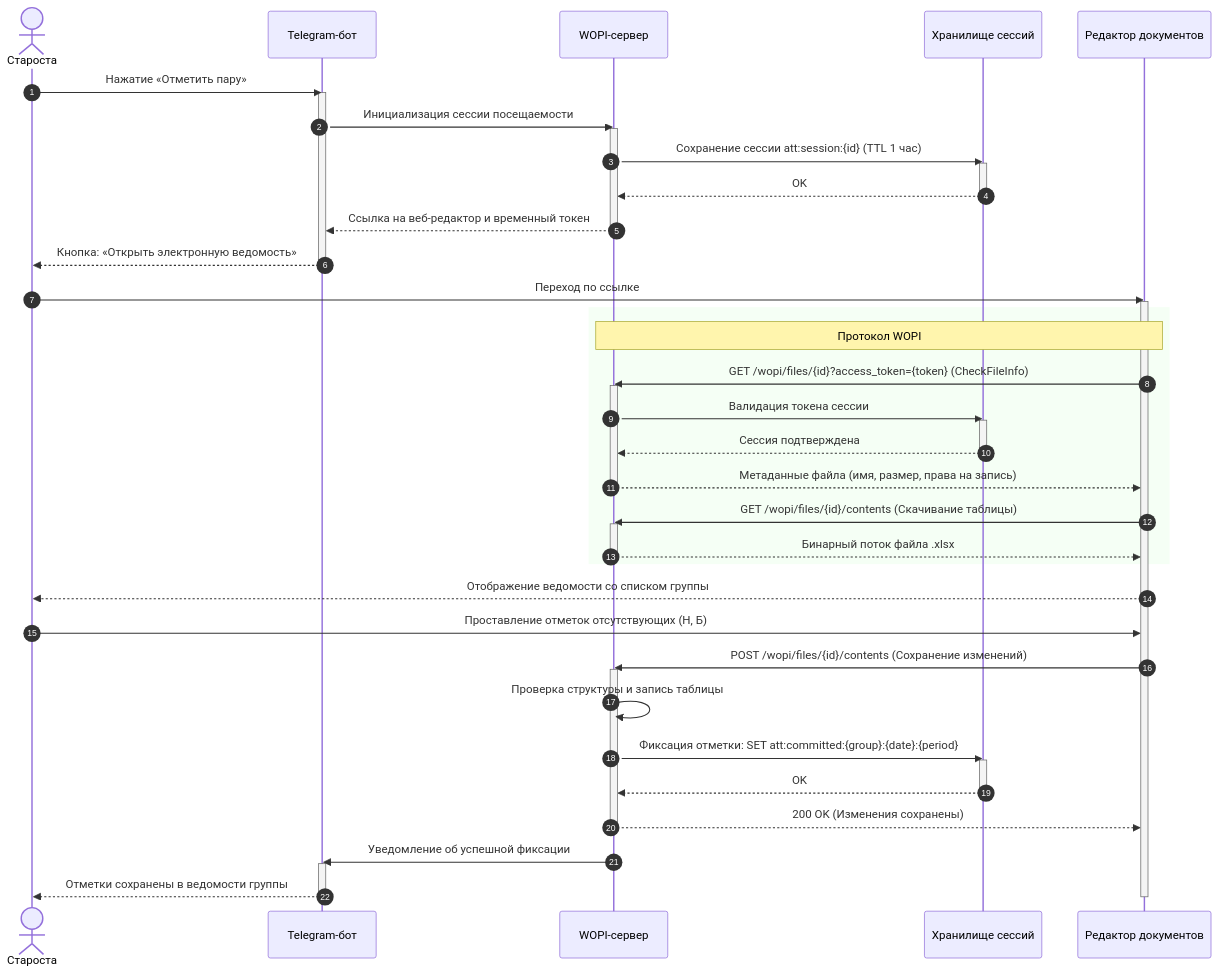
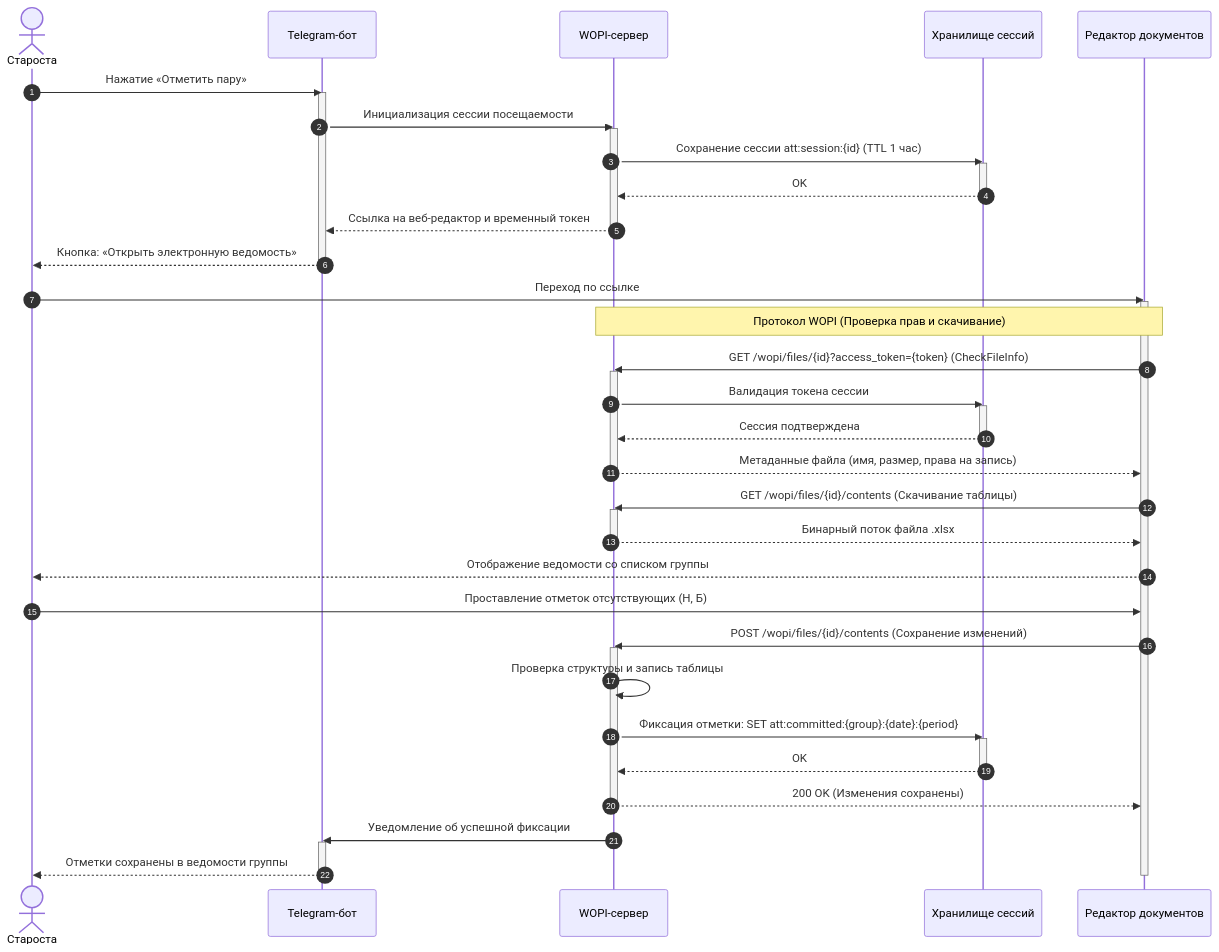
Before and after one commit to Utkautka1/para: the fifth of 6 diagrams in docs/UML.md, drawn with Mermaid. The commit also changed other lines of this file, not shown here.

Commit message:
docs: исправление синтаксиса flowchart TD и контрастности темной темы в GitHub

````diff
--- a/docs/UML.md
+++ b/docs/UML.md
@@ -409,64 +406,62 @@
 ```mermaid
 sequenceDiagram
     autonumber
     actor Admin as Староста
     participant Bot as Telegram-бот
     participant Backend as WOPI-сервер
     participant Redis as Хранилище сессий
     participant Yandex as Редактор документов
 
     Admin->>Bot: Нажатие «Отметить пару»
     activate Bot
     Bot->>Backend: Инициализация сессии посещаемости
     activate Backend
     
     Backend->>Redis: Сохранение сессии att:session:{id} (TTL 1 час)
     activate Redis
     Redis-->>Backend: OK
     deactivate Redis
 
     Backend-->>Bot: Ссылка на веб-редактор и временный токен
     deactivate Backend
     Bot-->>Admin: Кнопка: «Открыть электронную ведомость»
     deactivate Bot
 
     Admin->>Yandex: Переход по ссылке
     activate Yandex
 
-    rect rgb(245, 255, 245)
-        note over Yandex,Backend: Протокол WOPI
-        Yandex->>Backend: GET /wopi/files/{id}?access_token={token} (CheckFileInfo)
-        activate Backend
-        Backend->>Redis: Валидация токена сессии
-        activate Redis
-        Redis-->>Backend: Сессия подтверждена
-        deactivate Redis
-        Backend-->>Yandex: Метаданные файла (имя, размер, права на запись)
-        deactivate Backend
+    note over Yandex,Backend: Протокол WOPI (Проверка прав и скачивание)
+    Yandex->>Backend: GET /wopi/files/{id}?access_token={token} (CheckFileInfo)
+    activate Backend
+    Backend->>Redis: Валидация токена сессии
+    activate Redis
+    Redis-->>Backend: Сессия подтверждена
+    deactivate Redis
+    Backend-->>Yandex: Метаданные файла (имя, размер, права на запись)
+    deactivate Backend
 
-        Yandex->>Backend: GET /wopi/files/{id}/contents (Скачивание таблицы)
-        activate Backend
-        Backend-->>Yandex: Бинарный поток файла .xlsx
-        deactivate Backend
-    end
+    Yandex->>Backend: GET /wopi/files/{id}/contents (Скачивание таблицы)
+    activate Backend
+    Backend-->>Yandex: Бинарный поток файла .xlsx
+    deactivate Backend
 
     Yandex-->>Admin: Отображение ведомости со списком группы
 
     Admin->>Yandex: Проставление отметок отсутствующих (Н, Б)
 
     Yandex->>Backend: POST /wopi/files/{id}/contents (Сохранение изменений)
     activate Backend
     Backend->>Backend: Проверка структуры и запись таблицы
     Backend->>Redis: Фиксация отметки: SET att:committed:{group}:{date}:{period}
     activate Redis
     Redis-->>Backend: OK
     deactivate Redis
     Backend-->>Yandex: 200 OK (Изменения сохранены)
     deactivate Backend
 
     Backend->>Bot: Уведомление об успешной фиксации
     activate Bot
     Bot-->>Admin: Отметки сохранены в ведомости группы
     deactivate Bot
     deactivate Yandex
 ```
````
